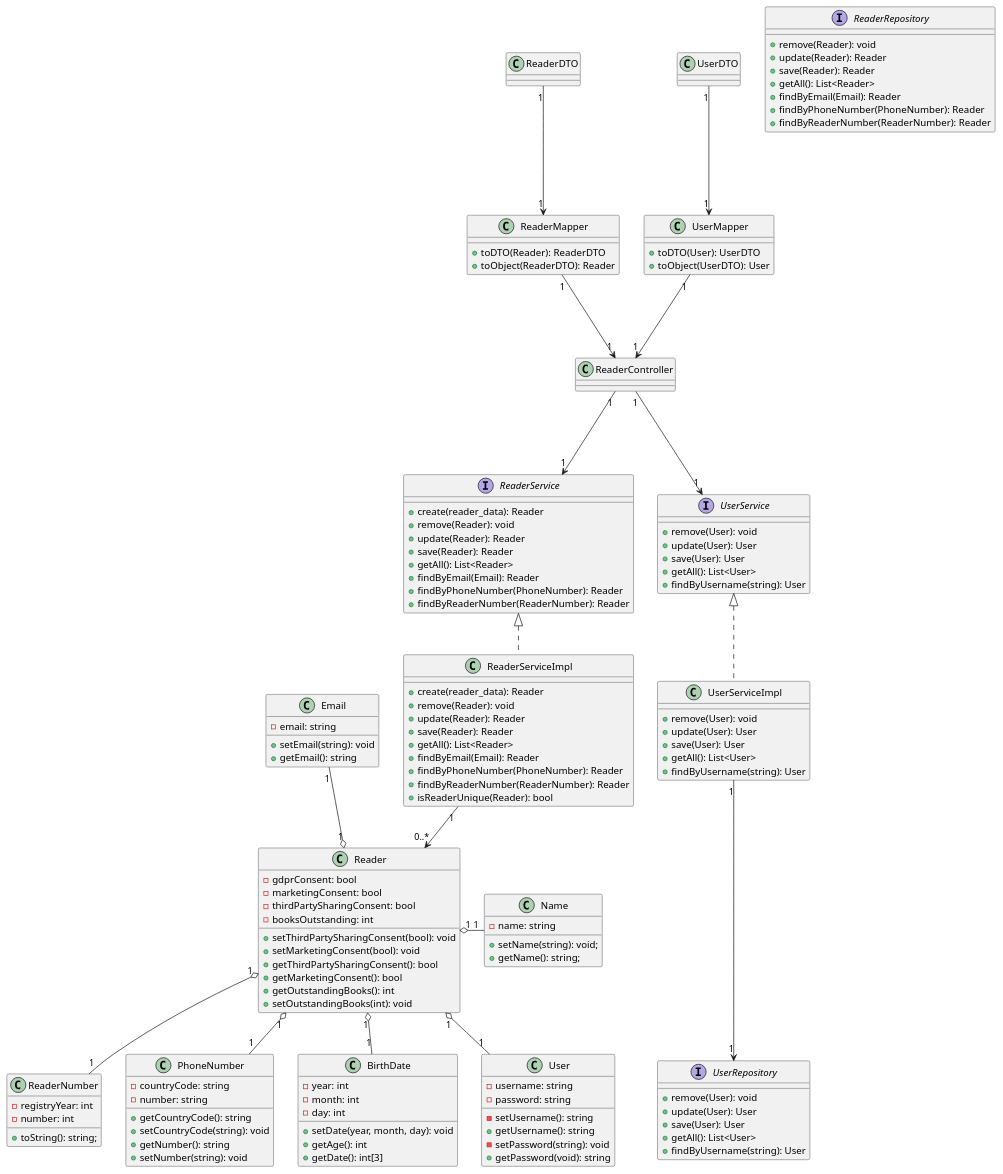
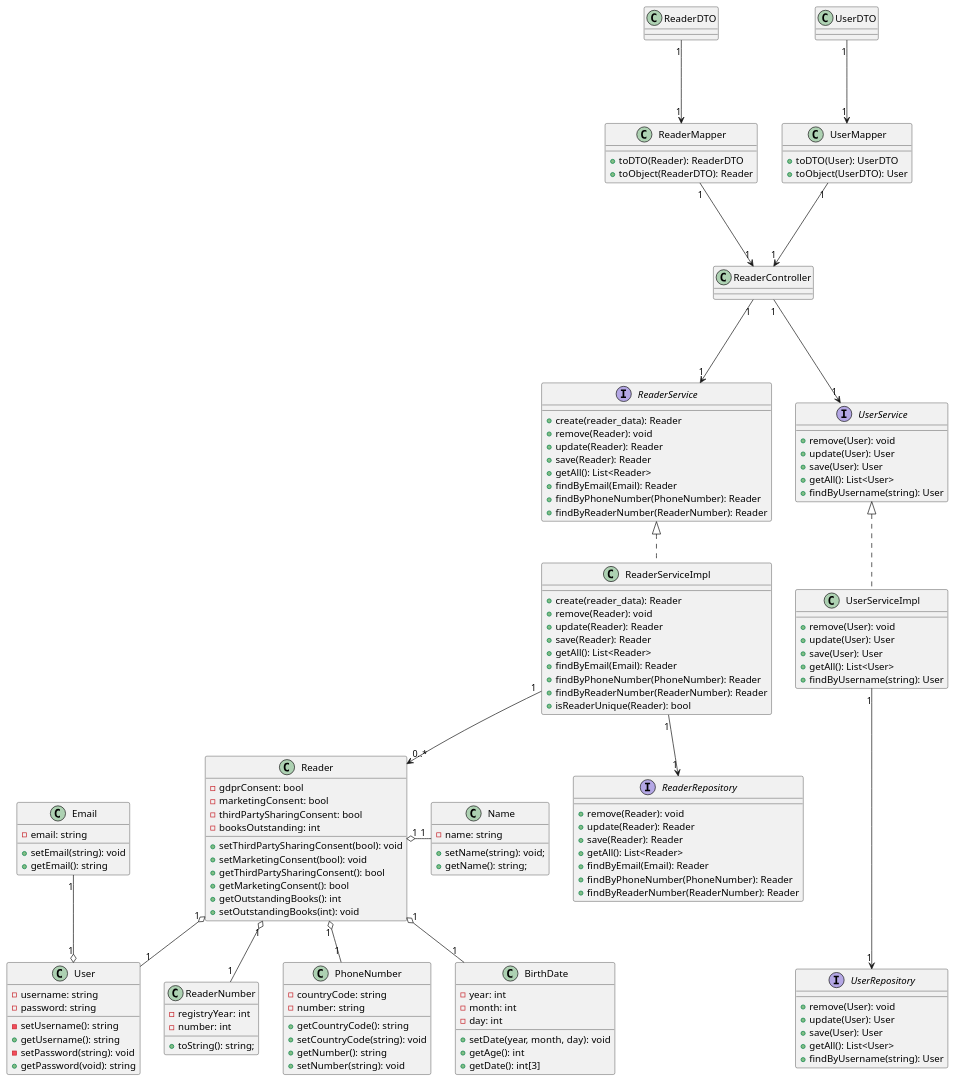
The diagram in Docs/Phase1/WP3A-Readers/WP3A-Readers-CD.puml (rutemf/1220944_1220772_G01), drawn with PlantUML before and after one commit.

Commit message:
Connection missing to ReaderRepository and ReaderServiceImpl

```diff
--- a/Docs/Phase1/WP3A-Readers/WP3A-Readers-CD.puml
+++ b/Docs/Phase1/WP3A-Readers/WP3A-Readers-CD.puml
@@ -1,164 +1,165 @@
 @startuml
 'https://plantuml.com/sequence-diagram
 
 interface ReaderRepository {
     + remove(Reader): void
     + update(Reader): Reader
     + save(Reader): Reader
     + getAll(): List<Reader>
     + findByEmail(Email): Reader
     + findByPhoneNumber(PhoneNumber): Reader
     + findByReaderNumber(ReaderNumber): Reader
 }
 
 /'class ReaderFactory {
     + create: Reader
 }'/
 
 interface ReaderService {
     + create(reader_data): Reader
     + remove(Reader): void
     + update(Reader): Reader
     + save(Reader): Reader
     + getAll(): List<Reader>
     + findByEmail(Email): Reader
     + findByPhoneNumber(PhoneNumber): Reader
     + findByReaderNumber(ReaderNumber): Reader
 }
 
 class ReaderServiceImpl implements ReaderService {
     + create(reader_data): Reader
     + remove(Reader): void
     + update(Reader): Reader
     + save(Reader): Reader
     + getAll(): List<Reader>
     + findByEmail(Email): Reader
     + findByPhoneNumber(PhoneNumber): Reader
     + findByReaderNumber(ReaderNumber): Reader
     + isReaderUnique(Reader): bool
 }
 
 class ReaderController {
 }
 
 class Reader {
     - gdprConsent: bool
     - marketingConsent: bool
     - thirdPartySharingConsent: bool
     - booksOutstanding: int
     + setThirdPartySharingConsent(bool): void
     + setMarketingConsent(bool): void
     + getThirdPartySharingConsent(): bool
     + getMarketingConsent(): bool
     + getOutstandingBooks(): int
     /'Min: 0 | Max: 3'/
     + setOutstandingBooks(int): void
 }
 
 class Name {
     - name: string
     + setName(string): void;
     + getName(): string;
 }
 
 class ReaderNumber {
     - registryYear: int
     - number: int
     + toString(): string;
 }
 
 class Email {
     - email: string
     + setEmail(string): void
     + getEmail(): string
 }
 
 class PhoneNumber {
     - countryCode: string
     - number: string
     + getCountryCode(): string
     + setCountryCode(string): void
     + getNumber(): string
     + setNumber(string): void
 }
 
 class BirthDate {
     - year: int
     - month: int
     - day: int
     + setDate(year, month, day): void
     + getAge(): int
     + getDate(): int[3]
 }
 
 class User {
     - username: string
     /'TODO: Falta obter resposta do prof quando à alteração do username. Para já, fica o método como privado e é chamado unicamente no construtor'/
     - setUsername(): string
     + getUsername(): string
     - password: string
     /'TODO: Falta obter resposta do professor, no moodle, quando à possibilidade da password ser alterada pelo Reader. Método, para já, privado e chamado unicamente no construtor'/
     - setPassword(string): void
     + getPassword(void): string
 }
 
 interface UserRepository {
     + remove(User): void
     + update(User): User
     + save(User): User
     + getAll(): List<User>
     + findByUsername(string): User
 }
 
 interface UserService {
     + remove(User): void
     + update(User): User
     + save(User): User
     + getAll(): List<User>
     + findByUsername(string): User
 }
 
 class UserServiceImpl implements UserService {
     + remove(User): void
     + update(User): User
     + save(User): User
     + getAll(): List<User>
     + findByUsername(string): User
 }
 
 class ReaderMapper {
     + toDTO(Reader): ReaderDTO
     + toObject(ReaderDTO): Reader
 }
 
 class ReaderDTO {}
 
 class UserDTO {}
 
 class UserMapper {
     + toDTO(User): UserDTO
     + toObject(UserDTO): User
 }
 
 UserServiceImpl "1" ---> "1" UserRepository
 ReaderDTO "1" ---> "1" ReaderMapper
 
 ReaderMapper "1" ---> "1" ReaderController
 
 UserDTO "1" ---> "1" UserMapper
 UserMapper "1" ---> "1" ReaderController
 
 ReaderController "1" ---> "1" ReaderService
 ReaderController "1" ---> "1" UserService
 Reader "1" o-down- "1" User
 Reader "1" o- "1" Name
 Reader "1" o-down- "1" ReaderNumber
-Reader "1" o-up- "1" Email
+User "1" o-up- "1" Email
 Reader "1" o-down- "1" PhoneNumber
 Reader "1" o-down- "1" BirthDate
 'ReaderFactory "1" -> "1" ReaderRepository
 'ReaderService "1" -up-> "1" ReaderFactory
 ReaderServiceImpl "1" --> "0..*" Reader
+ReaderServiceImpl "1" --> "1" ReaderRepository
 
 
 @enduml
```
